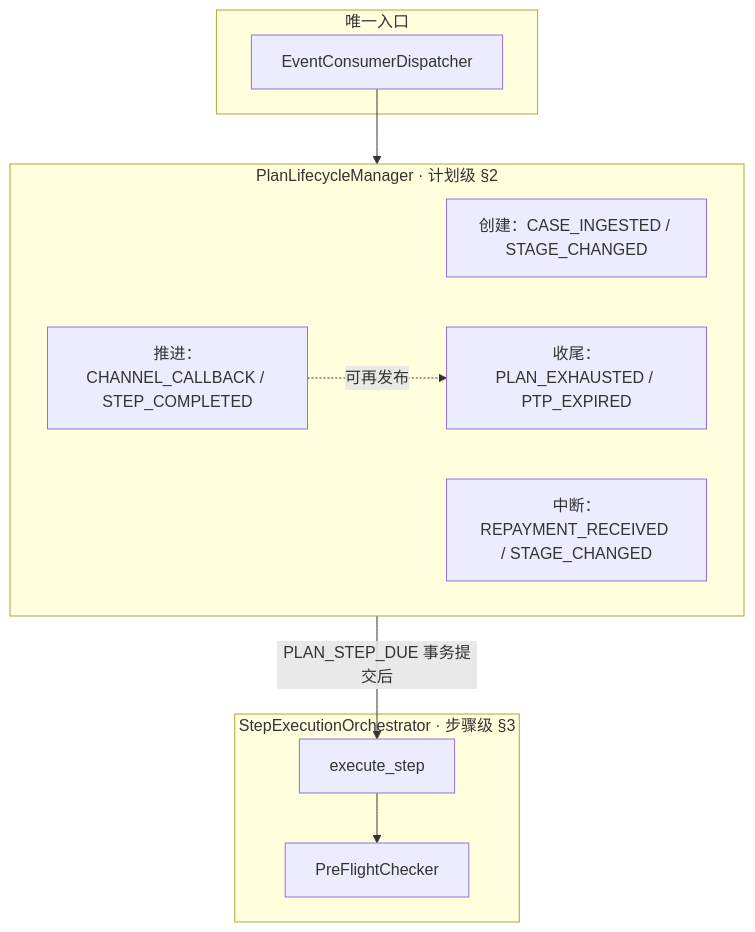
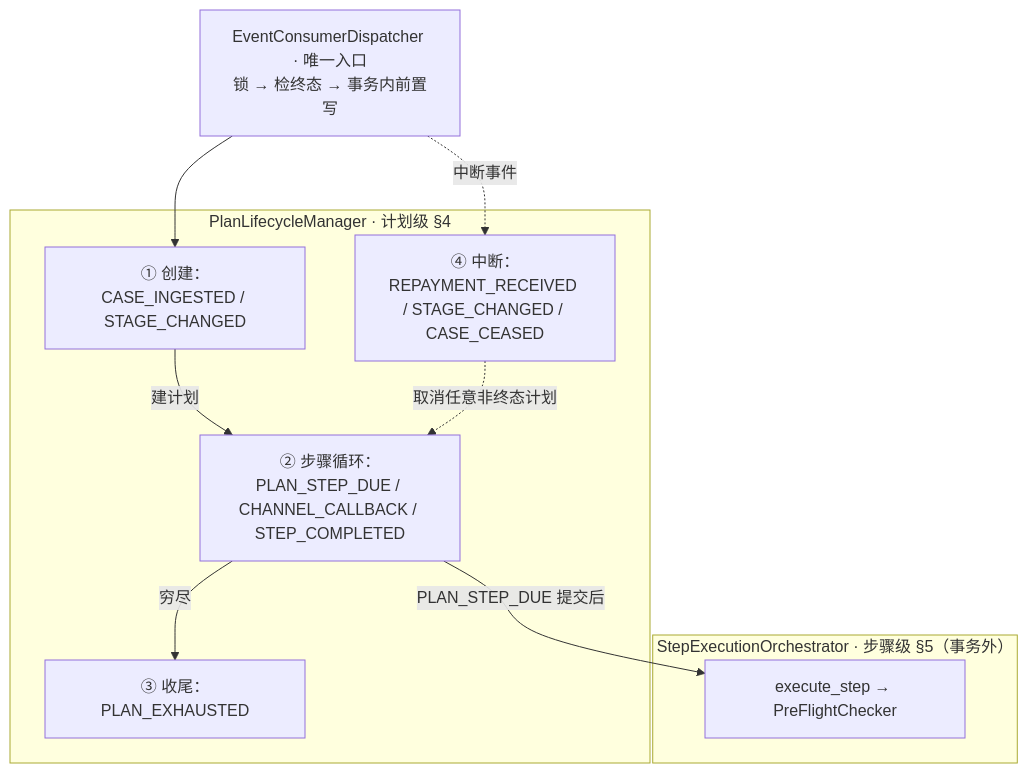
The diagram in docs/MOCASA催收系统升级_Phase1_核心引擎规格.md (katherineliu2102/Intelligent-Collection-V1), drawn with Mermaid before and after one commit. The commit also changed other lines of this file and 71 other files, not shown here.

````diff
--- a/docs/MOCASA催收系统升级_Phase1_核心引擎规格.md
+++ b/docs/MOCASA催收系统升级_Phase1_核心引擎规格.md
@@ -75,23 +109,22 @@
 ```mermaid
 flowchart TB
-    subgraph entry["唯一入口"]
-        D["EventConsumerDispatcher"]
+    D["EventConsumerDispatcher · 唯一入口<br/>锁 → 检终态 → 事务内前置写"]
+
+    subgraph plan["PlanLifecycleManager · 计划级 §4"]
+        P1["① 创建：CASE_INGESTED / STAGE_CHANGED"]
+        P3["② 步骤循环：PLAN_STEP_DUE / CHANNEL_CALLBACK / STEP_COMPLETED"]
+        P4["③ 收尾：PLAN_EXHAUSTED"]
+        P2["④ 中断：REPAYMENT_RECEIVED / STAGE_CHANGED / CASE_CEASED"]
     end
 
-    subgraph plan["PlanLifecycleManager · 计划级 §2"]
-        P1["创建：CASE_INGESTED / STAGE_CHANGED"]
-        P2["中断：REPAYMENT_RECEIVED / STAGE_CHANGED"]
-        P3["收尾：PLAN_EXHAUSTED / PTP_EXPIRED"]
-        P4["推进：CHANNEL_CALLBACK / STEP_COMPLETED"]
+    subgraph step["StepExecutionOrchestrator · 步骤级 §5（事务外）"]
+        O["execute_step → PreFlightChecker"]
     end
 
-    subgraph step["StepExecutionOrchestrator · 步骤级 §3"]
-        O["execute_step"]
-        PF["PreFlightChecker"]
-    end
-
-    D --> plan
-    plan -->|"PLAN_STEP_DUE 事务提交后"| O
-    O --> PF
-    P4 -.->|"可再发布"| P3
+    D --> P1
+    P1 -->|"建计划"| P3
+    P3 -->|"穷尽"| P4
+    P3 -->|"PLAN_STEP_DUE 提交后"| O
+    D -. "中断事件" .-> P2
+    P2 -. "取消任意非终态计划" .-> P3
 ```
````
